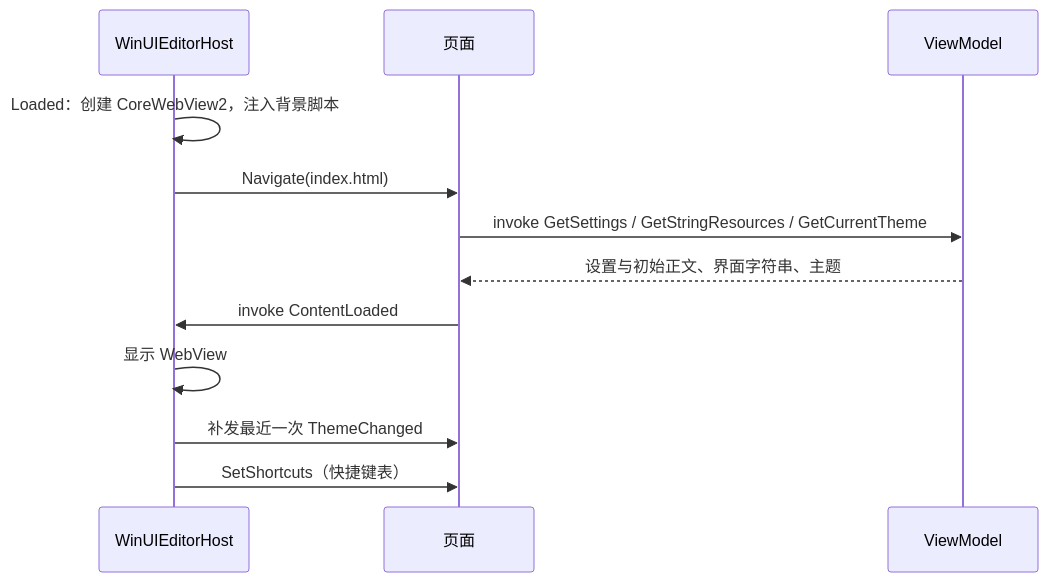
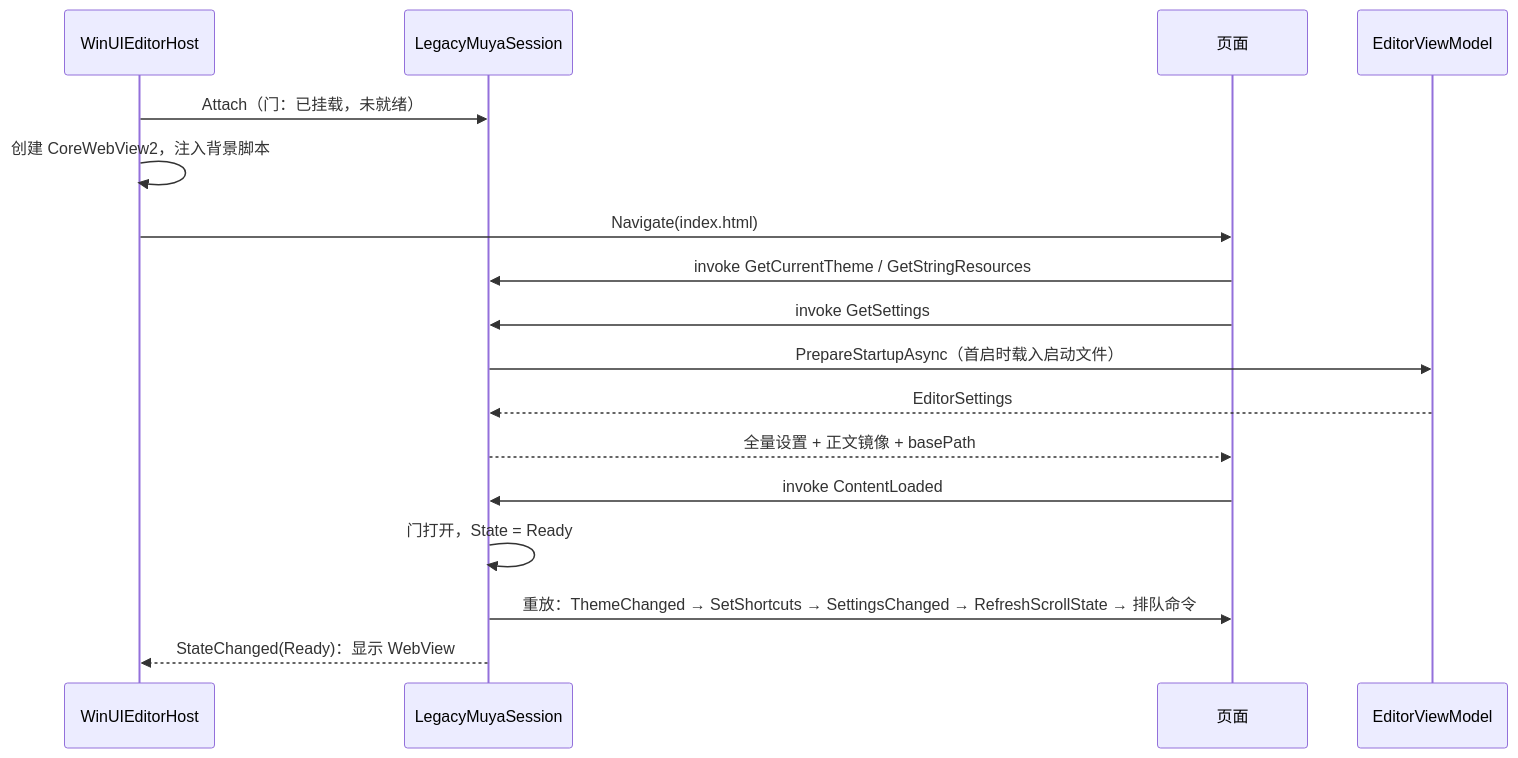
One commit to awarson2233/Typedown changed the second of 6 diagrams in docs/architecture.md. Above: the diagram before and after it, drawn with Mermaid. The commit also changed other lines of this file, not shown here.

Commit message:
docs: describe the typed editor session and the legacy Muya adapter

````diff
--- a/docs/architecture.md
+++ b/docs/architecture.md
@@ -69,14 +71,19 @@
 ```mermaid
 sequenceDiagram
     participant H as WinUIEditorHost
+    participant S as LegacyMuyaSession
     participant P as 页面
-    participant VM as ViewModel
-    H->>H: Loaded：创建 CoreWebView2，注入背景脚本
+    participant VM as EditorViewModel
+    H->>S: Attach（门：已挂载，未就绪）
+    H->>H: 创建 CoreWebView2，注入背景脚本
     H->>P: Navigate(index.html)
-    P->>VM: invoke GetSettings / GetStringResources / GetCurrentTheme
-    VM-->>P: 设置与初始正文、界面字符串、主题
-    P->>H: invoke ContentLoaded
-    H->>H: 显示 WebView
-    H->>P: 补发最近一次 ThemeChanged
-    H->>P: SetShortcuts（快捷键表）
+    P->>S: invoke GetCurrentTheme / GetStringResources
+    P->>S: invoke GetSettings
+    S->>VM: PrepareStartupAsync（首启时载入启动文件）
+    VM-->>S: EditorSettings
+    S-->>P: 全量设置 + 正文镜像 + basePath
+    P->>S: invoke ContentLoaded
+    S->>S: 门打开，State = Ready
+    S->>P: 重放：ThemeChanged → SetShortcuts → SettingsChanged → RefreshScrollState → 排队命令
+    S-->>H: StateChanged(Ready)：显示 WebView
 ```
````
